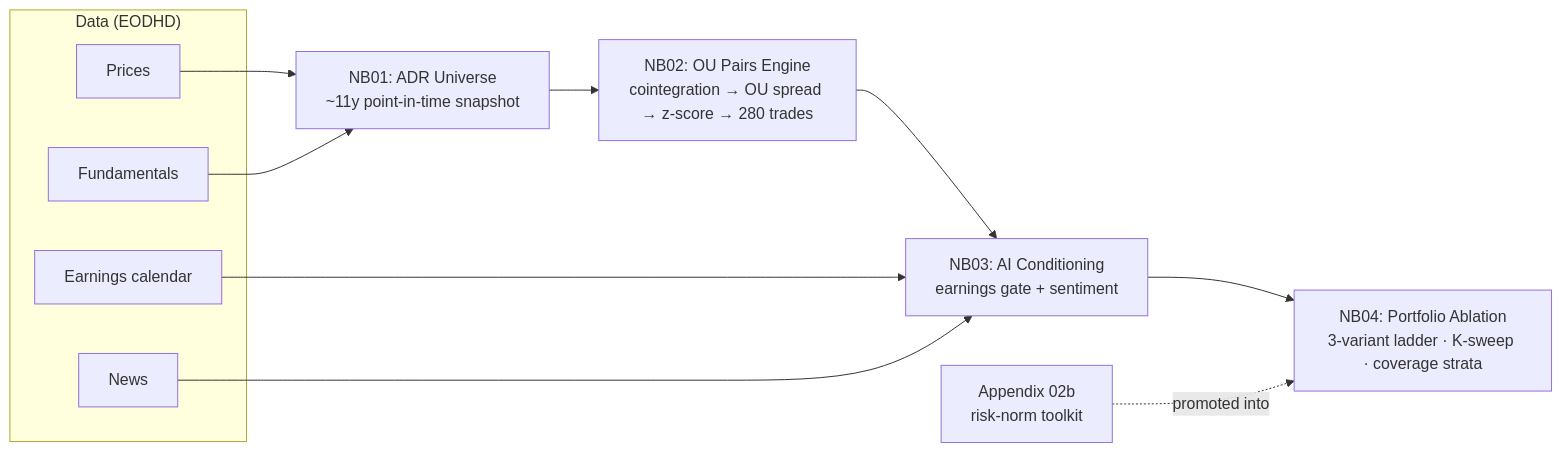
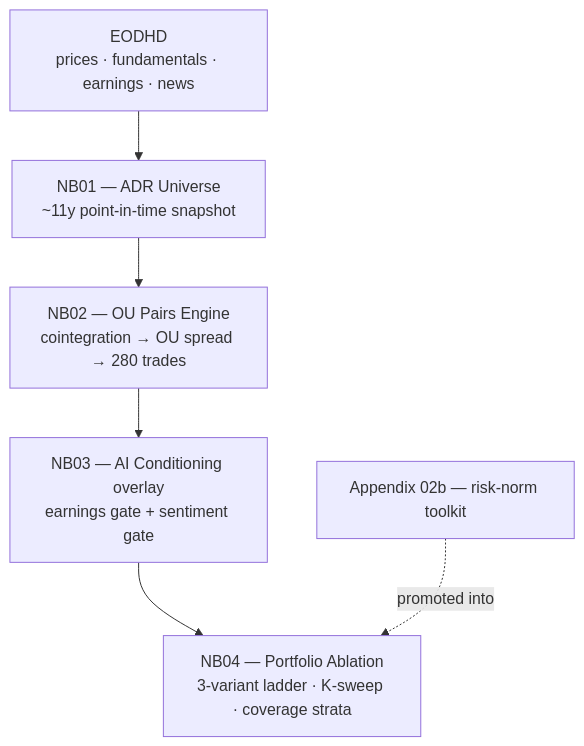
One commit to FranQuant/ai-pairs-trading changed the diagram in README.md. Above: the diagram before and after it, drawn with Mermaid. The commit also changed other lines of this file, not shown here.

Commit message:
README: TL;DR/Findings polish + TD-orientation Mermaid

````diff
--- a/README.md
+++ b/README.md
@@ -11,20 +11,9 @@
 ```mermaid
-flowchart LR
-    subgraph DATA["Data (EODHD)"]
-        P[Prices]
-        F[Fundamentals]
-        E[Earnings calendar]
-        N[News]
-    end
-
-    P --> NB01
-    F --> NB01
-    NB01["NB01: ADR Universe<br/>~11y point-in-time snapshot"] --> NB02
-    NB02["NB02: OU Pairs Engine<br/>cointegration → OU spread → z-score → 280 trades"] --> NB03
-    E --> NB03
-    N --> NB03
-    NB03["NB03: AI Conditioning<br/>earnings gate + sentiment"] --> NB04
-    NB04["NB04: Portfolio Ablation<br/>3-variant ladder · K-sweep · coverage strata"]
-
-    APP["Appendix 02b<br/>risk-norm toolkit"] -.->|promoted into| NB04
+flowchart TD
+    DATA["EODHD<br/>prices · fundamentals · earnings · news"] --> NB01
+    NB01["NB01 — ADR Universe<br/>~11y point-in-time snapshot"] --> NB02
+    NB02["NB02 — OU Pairs Engine<br/>cointegration → OU spread → 280 trades"] --> NB03
+    NB03["NB03 — AI Conditioning overlay<br/>earnings gate + sentiment gate"] --> NB04
+    NB04["NB04 — Portfolio Ablation<br/>3-variant ladder · K-sweep · coverage strata"]
+    APP["Appendix 02b — risk-norm toolkit"] -.->|promoted into| NB04
 ```
````
